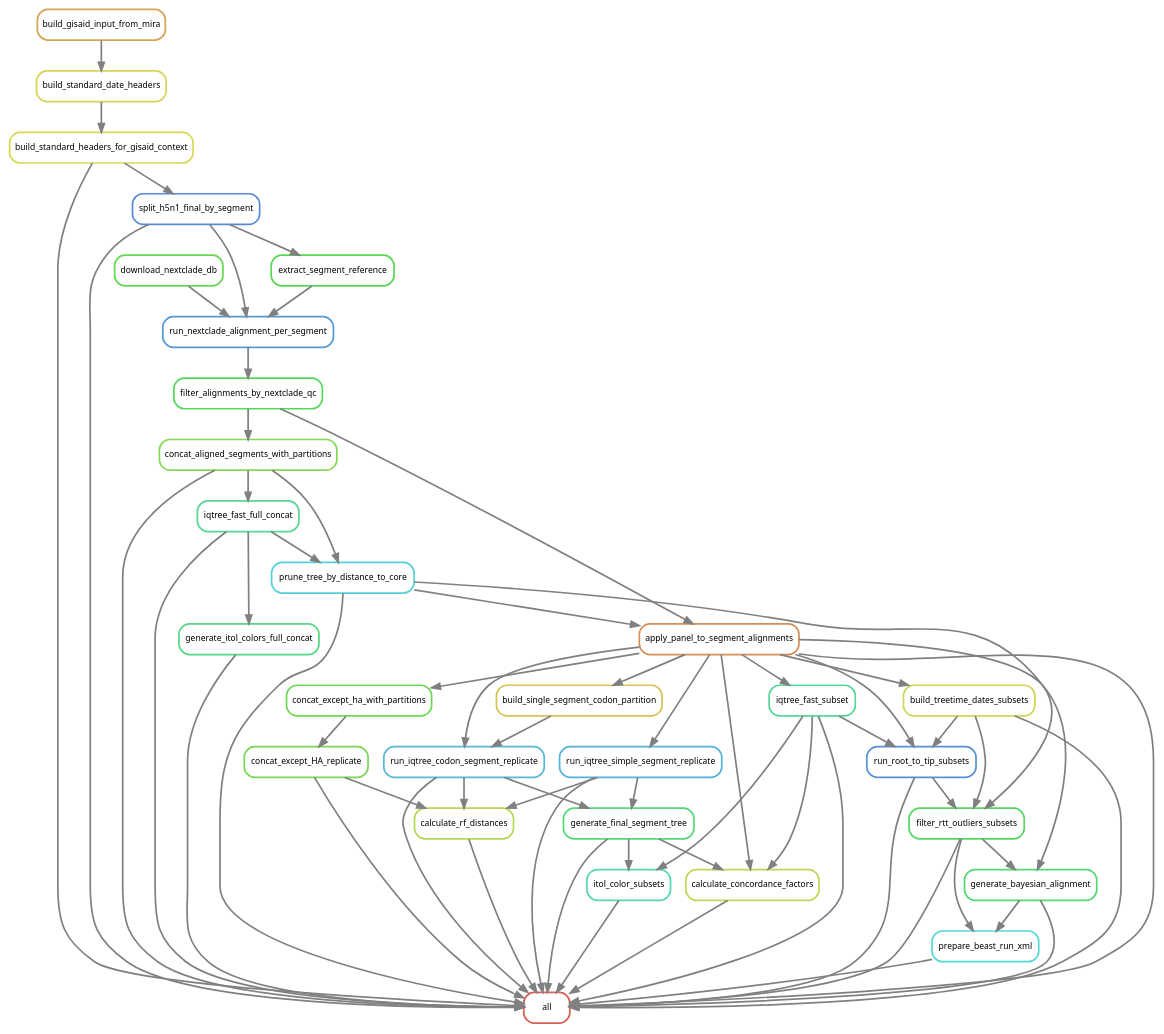
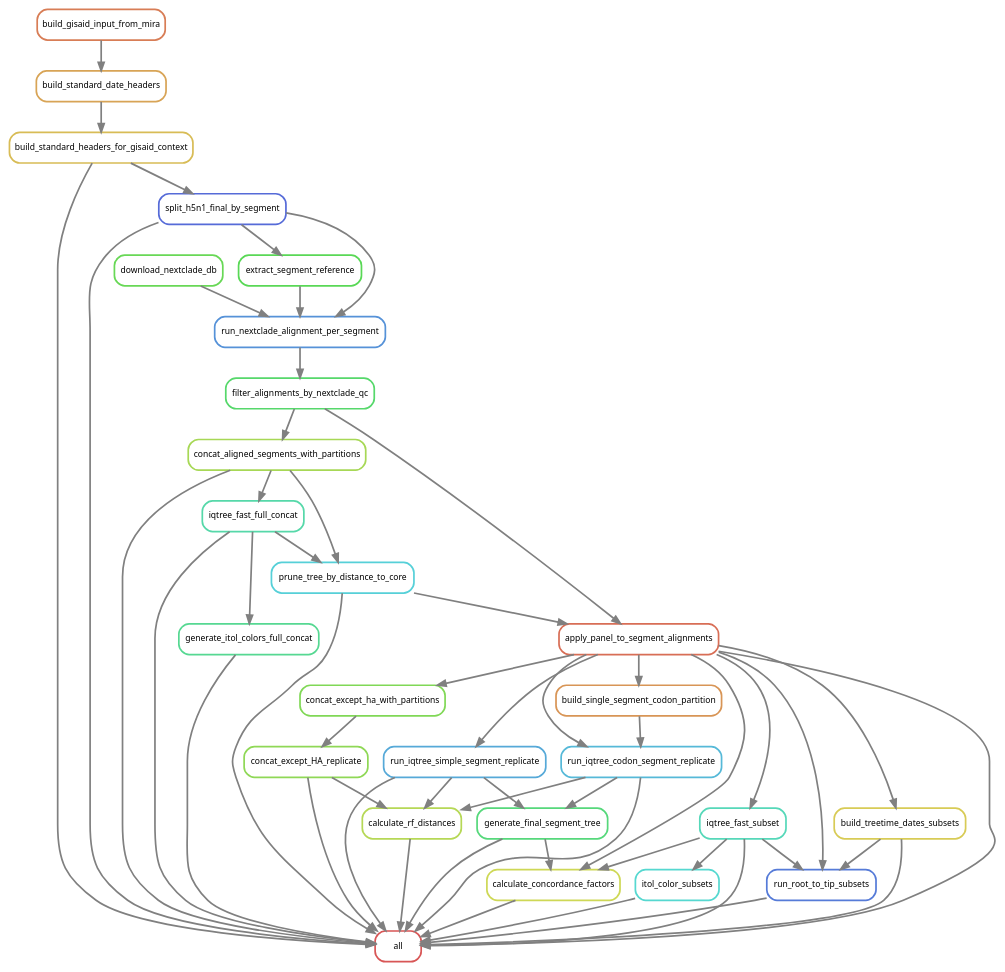
Before and after one commit to Sebysemily/Flu: the diagram in analysis/pipeline_rulegraph.dot, drawn with Graphviz. The commit also changed 41 other files, not shown here.

```diff
--- a/analysis/pipeline_rulegraph.dot
+++ b/analysis/pipeline_rulegraph.dot
@@ -1,97 +1,83 @@
 digraph snakemake_dag {
     graph[bgcolor=white, margin=0];
     node[shape=box, style=rounded, fontname=sans,                 fontsize=10, penwidth=2];
     edge[penwidth=2, color=grey];
-	0[label = "all", color = "0.01 0.6 0.85", style="rounded"];
-	1[label = "build_standard_headers_for_gisaid_context", color = "0.17 0.6 0.85", style="rounded"];
-	2[label = "build_standard_date_headers", color = "0.16 0.6 0.85", style="rounded"];
-	3[label = "build_gisaid_input_from_mira", color = "0.10 0.6 0.85", style="rounded"];
-	4[label = "split_h5n1_final_by_segment", color = "0.60 0.6 0.85", style="rounded"];
-	5[label = "concat_aligned_segments_with_partitions", color = "0.27 0.6 0.85", style="rounded"];
-	6[label = "filter_alignments_by_nextclade_qc", color = "0.34 0.6 0.85", style="rounded"];
-	7[label = "run_nextclade_alignment_per_segment", color = "0.58 0.6 0.85", style="rounded"];
+	0[label = "all", color = "0.00 0.6 0.85", style="rounded"];
+	1[label = "build_standard_headers_for_gisaid_context", color = "0.13 0.6 0.85", style="rounded"];
+	2[label = "build_standard_date_headers", color = "0.10 0.6 0.85", style="rounded"];
+	3[label = "build_gisaid_input_from_mira", color = "0.05 0.6 0.85", style="rounded"];
+	4[label = "split_h5n1_final_by_segment", color = "0.64 0.6 0.85", style="rounded"];
+	5[label = "concat_aligned_segments_with_partitions", color = "0.23 0.6 0.85", style="rounded"];
+	6[label = "filter_alignments_by_nextclade_qc", color = "0.36 0.6 0.85", style="rounded"];
+	7[label = "run_nextclade_alignment_per_segment", color = "0.59 0.6 0.85", style="rounded"];
 	8[label = "download_nextclade_db", color = "0.31 0.6 0.85", style="rounded"];
 	9[label = "extract_segment_reference", color = "0.33 0.6 0.85", style="rounded"];
-	10[label = "iqtree_fast_full_concat", color = "0.41 0.6 0.85", style="rounded"];
+	10[label = "iqtree_fast_full_concat", color = "0.44 0.6 0.85", style="rounded"];
 	11[label = "run_iqtree_codon_segment_replicate", color = "0.54 0.6 0.85", style="rounded"];
-	12[label = "apply_panel_to_segment_alignments", color = "0.07 0.6 0.85", style="rounded"];
+	12[label = "apply_panel_to_segment_alignments", color = "0.03 0.6 0.85", style="rounded"];
 	13[label = "prune_tree_by_distance_to_core", color = "0.51 0.6 0.85", style="rounded"];
-	14[label = "build_single_segment_codon_partition", color = "0.14 0.6 0.85", style="rounded"];
-	15[label = "run_iqtree_simple_segment_replicate", color = "0.55 0.6 0.85", style="rounded"];
-	16[label = "concat_except_HA_replicate", color = "0.29 0.6 0.85", style="rounded"];
-	17[label = "concat_except_ha_with_partitions", color = "0.30 0.6 0.85", style="rounded"];
+	14[label = "build_single_segment_codon_partition", color = "0.08 0.6 0.85", style="rounded"];
+	15[label = "run_iqtree_simple_segment_replicate", color = "0.56 0.6 0.85", style="rounded"];
+	16[label = "concat_except_HA_replicate", color = "0.26 0.6 0.85", style="rounded"];
+	17[label = "concat_except_ha_with_partitions", color = "0.28 0.6 0.85", style="rounded"];
 	18[label = "generate_final_segment_tree", color = "0.38 0.6 0.85", style="rounded"];
 	19[label = "calculate_rf_distances", color = "0.21 0.6 0.85", style="rounded"];
-	20[label = "calculate_concordance_factors", color = "0.20 0.6 0.85", style="rounded"];
-	21[label = "iqtree_fast_subset", color = "0.42 0.6 0.85", style="rounded"];
-	22[label = "generate_itol_colors_full_concat", color = "0.39 0.6 0.85", style="rounded"];
-	23[label = "build_treetime_dates_subsets", color = "0.18 0.6 0.85", style="rounded"];
-	24[label = "generate_bayesian_alignment", color = "0.37 0.6 0.85", style="rounded"];
-	25[label = "filter_rtt_outliers_subsets", color = "0.35 0.6 0.85", style="rounded"];
-	26[label = "run_root_to_tip_subsets", color = "0.59 0.6 0.85", style="rounded"];
-	27[label = "prepare_beast_run_xml", color = "0.50 0.6 0.85", style="rounded"];
-	28[label = "itol_color_subsets", color = "0.44 0.6 0.85", style="rounded"];
-	27 -> 0
-	28 -> 0
+	20[label = "calculate_concordance_factors", color = "0.18 0.6 0.85", style="rounded"];
+	21[label = "iqtree_fast_subset", color = "0.46 0.6 0.85", style="rounded"];
+	22[label = "generate_itol_colors_full_concat", color = "0.41 0.6 0.85", style="rounded"];
+	23[label = "build_treetime_dates_subsets", color = "0.15 0.6 0.85", style="rounded"];
+	24[label = "run_root_to_tip_subsets", color = "0.62 0.6 0.85", style="rounded"];
+	25[label = "itol_color_subsets", color = "0.49 0.6 0.85", style="rounded"];
+	4 -> 0
+	20 -> 0
+	10 -> 0
+	16 -> 0
+	22 -> 0
+	23 -> 0
+	21 -> 0
+	24 -> 0
+	13 -> 0
+	11 -> 0
 	15 -> 0
-	24 -> 0
+	1 -> 0
+	19 -> 0
+	12 -> 0
 	18 -> 0
-	12 -> 0
-	19 -> 0
 	5 -> 0
-	16 -> 0
-	4 -> 0
-	13 -> 0
-	1 -> 0
-	10 -> 0
-	26 -> 0
-	11 -> 0
-	21 -> 0
-	22 -> 0
 	25 -> 0
-	20 -> 0
-	23 -> 0
 	2 -> 1
 	3 -> 2
 	1 -> 4
 	6 -> 5
 	7 -> 6
-	8 -> 7
 	9 -> 7
 	4 -> 7
+	8 -> 7
 	4 -> 9
 	5 -> 10
+	12 -> 11
 	14 -> 11
-	12 -> 11
+	6 -> 12
 	13 -> 12
-	6 -> 12
+	5 -> 13
 	10 -> 13
-	5 -> 13
 	12 -> 14
 	12 -> 15
 	17 -> 16
 	12 -> 17
 	15 -> 18
 	11 -> 18
 	15 -> 19
+	16 -> 19
 	11 -> 19
-	16 -> 19
-	18 -> 20
 	12 -> 20
 	21 -> 20
+	18 -> 20
 	12 -> 21
 	10 -> 22
 	12 -> 23
-	25 -> 24
 	12 -> 24
-	26 -> 25
-	13 -> 25
-	23 -> 25
-	23 -> 26
-	12 -> 26
-	21 -> 26
-	24 -> 27
-	25 -> 27
-	18 -> 28
-	21 -> 28
+	21 -> 24
+	23 -> 24
+	21 -> 25
 }            
```
